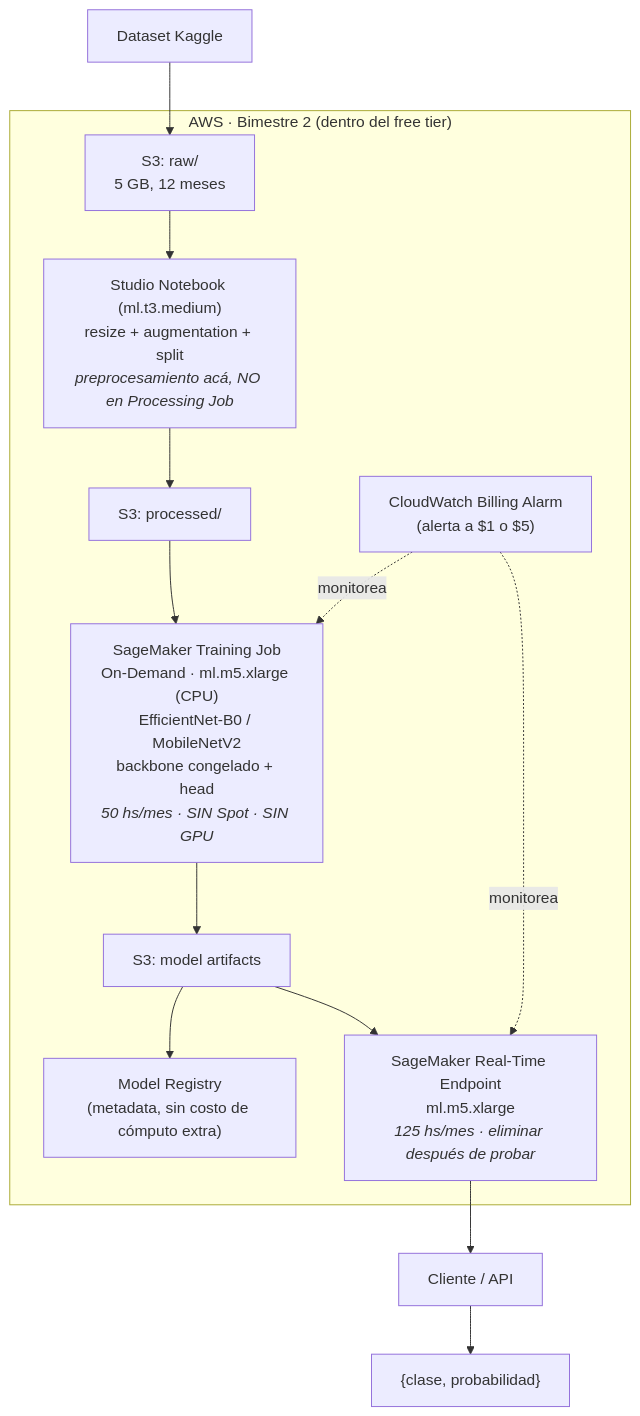
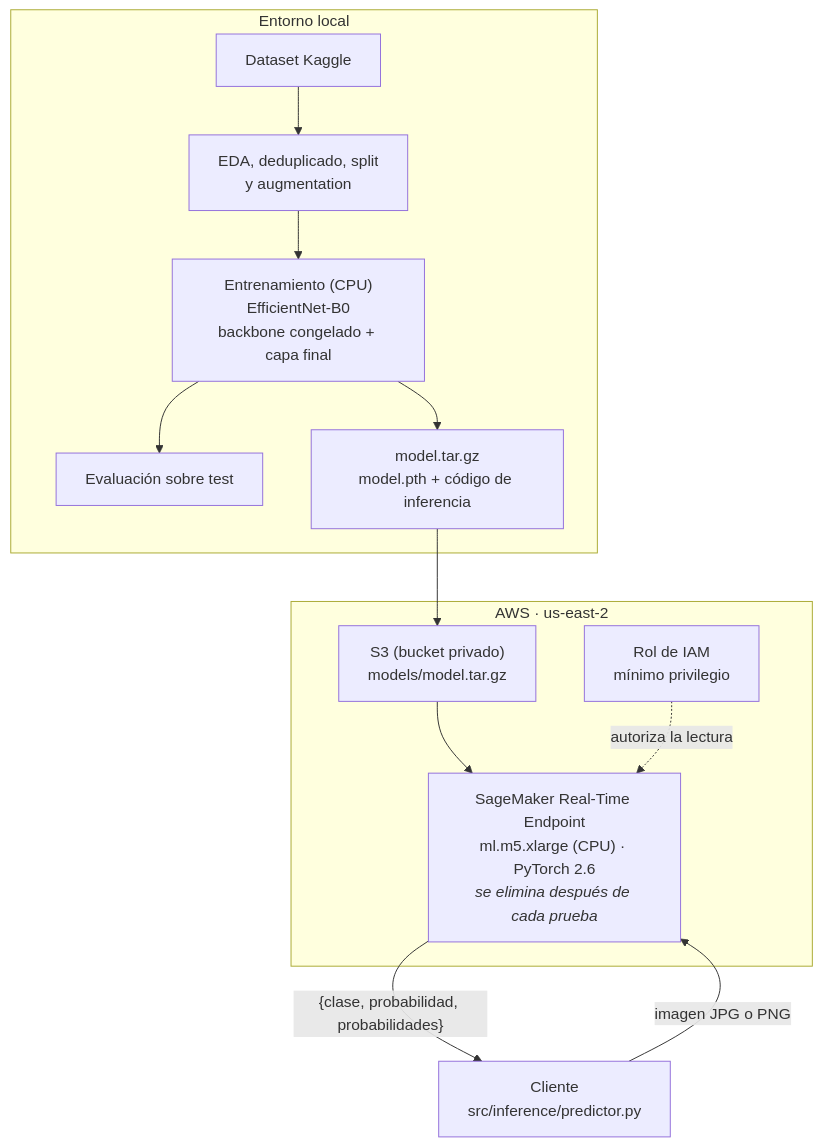
One commit to franvg99/mri-tumor-classifier changed the diagram in docs/architecture.md. Above: the diagram before and after it, drawn with Mermaid. The commit also changed other lines of this file and 15 other files, not shown here.

````diff
--- a/docs/architecture.md
+++ b/docs/architecture.md
@@ -11,17 +11,21 @@
 ```mermaid
 flowchart TD
-    A["Dataset Kaggle"] --> B
-
-    subgraph AWS["AWS · Bimestre 2 (dentro del free tier)"]
-        B["S3: raw/<br/>5 GB, 12 meses"] --> C
-        C["Studio Notebook (ml.t3.medium)<br/>resize + augmentation + split<br/><i>preprocesamiento acá, NO en Processing Job</i>"] --> D
-        D["S3: processed/"] --> E
-        E["SageMaker Training Job<br/>On-Demand · ml.m5.xlarge (CPU)<br/>EfficientNet-B0 / MobileNetV2<br/>backbone congelado + head<br/><i>50 hs/mes · SIN Spot · SIN GPU</i>"] --> F
-        F["S3: model artifacts"] --> G["Model Registry<br/>(metadata, sin costo de cómputo extra)"]
-        F --> H["SageMaker Real-Time Endpoint<br/>ml.m5.xlarge<br/><i>125 hs/mes · eliminar después de probar</i>"]
-        K["CloudWatch Billing Alarm<br/>(alerta a $1 o $5)"] -. monitorea .-> E
-        K -. monitorea .-> H
+    subgraph LOCAL["Entorno local"]
+        A["Dataset Kaggle"] --> B["EDA, deduplicado, split<br/>y augmentation"]
+        B --> C["Entrenamiento (CPU)<br/>EfficientNet-B0<br/>backbone congelado + capa final"]
+        C --> D["Evaluación sobre test"]
+        C --> E["model.tar.gz<br/>model.pth + código de inferencia"]
     end
 
-    H --> I["Cliente / API"] --> J["{clase, probabilidad}"]
+    subgraph AWS["AWS · us-east-2"]
+        F["S3 (bucket privado)<br/>models/model.tar.gz"]
+        G["Rol de IAM<br/>mínimo privilegio"]
+        H["SageMaker Real-Time Endpoint<br/>ml.m5.xlarge (CPU) · PyTorch 2.6<br/><i>se elimina después de cada prueba</i>"]
+        F --> H
+        G -. autoriza la lectura .-> H
+    end
+
+    E --> F
+    I["Cliente<br/>src/inference/predictor.py"] -- imagen JPG o PNG --> H
+    H -- "{clase, probabilidad, probabilidades}" --> I
 ```
````
